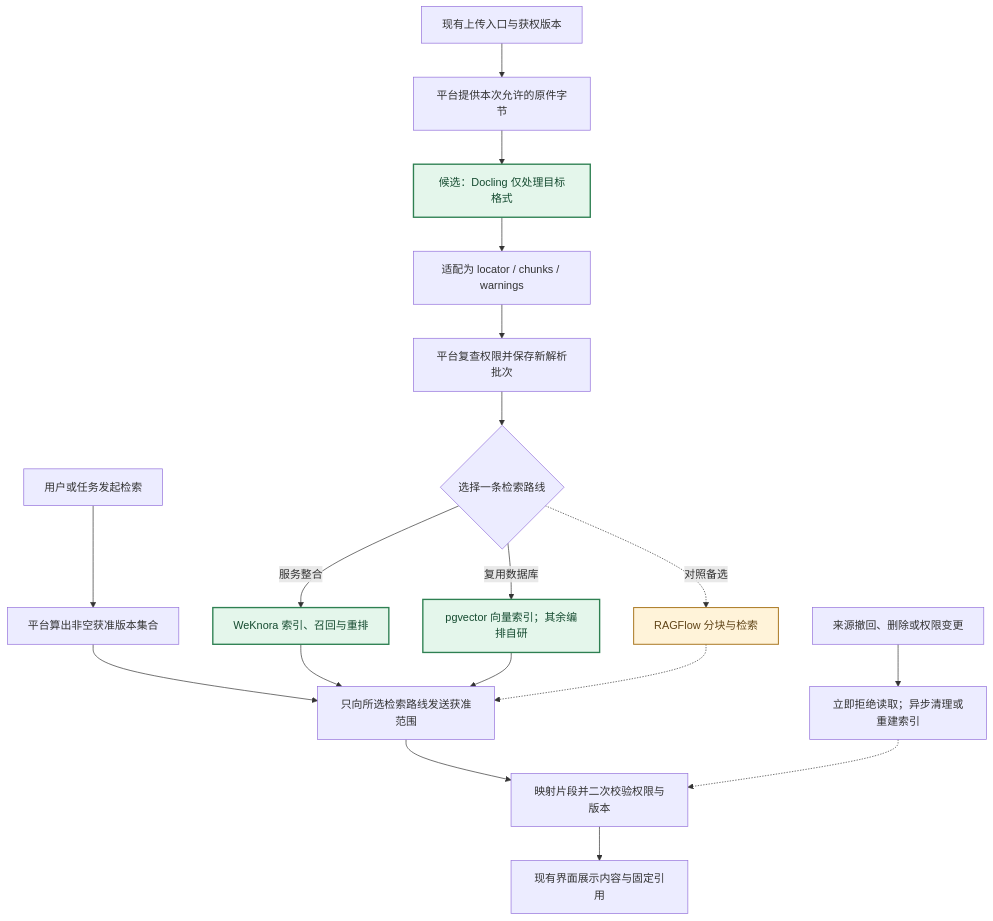
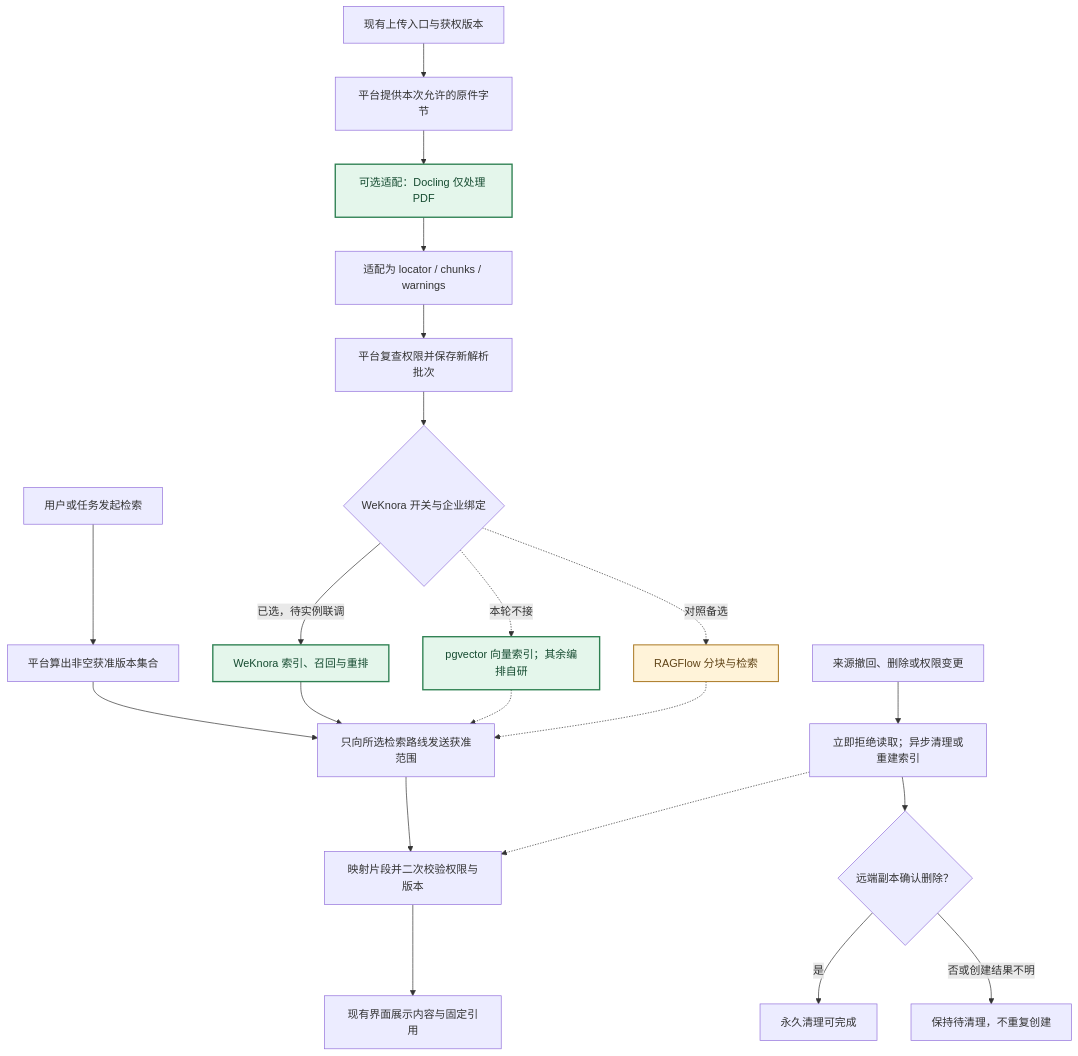
Before and after one commit to luofanghao9784/mengine-app: the second of 6 diagrams in docs/项目流程图/05-开源替代流程.md, drawn with Mermaid. The commit also changed other lines of this file and 72 other files, not shown here.

Commit message:
feat: add scoped WeKnora retrieval and optional first-batch adapters

````diff
--- a/docs/项目流程图/05-开源替代流程.md
+++ b/docs/项目流程图/05-开源替代流程.md
@@ -36,23 +36,26 @@
 ```mermaid
 flowchart TD
   upload["现有上传入口与获权版本"] --> input["平台提供本次允许的原件字节"]
-  input --> parse["候选：Docling 仅处理目标格式"]:::ossPriority
+  input --> parse["可选适配：Docling 仅处理 PDF"]:::ossPriority
   parse --> adapt["适配为 locator / chunks / warnings"]
   adapt --> commit["平台复查权限并保存新解析批次"]
-  commit --> choose{"选择一条检索路线"}
-  choose -->|"服务整合"| weknora["WeKnora 索引、召回与重排"]:::ossPriority
-  choose -->|"复用数据库"| vector["pgvector 向量索引；其余编排自研"]:::ossPriority
+  commit --> choose{"WeKnora 开关与企业绑定"}
+  choose -->|"已选，待实例联调"| weknora["WeKnora 索引、召回与重排"]:::ossPriority
+  choose -.->|"本轮不接"| vector["pgvector 向量索引；其余编排自研"]:::ossPriority
   choose -.->|"对照备选"| rag["RAGFlow 分块与检索"]:::ossConditional
   query["用户或任务发起检索"] --> scope["平台算出非空获准版本集合"]
   scope --> retrieval["只向所选检索路线发送获准范围"]
   weknora --> retrieval
-  vector --> retrieval
+  vector -.-> retrieval
   rag -.-> retrieval
   retrieval --> check["映射片段并二次校验权限与版本"]
   check --> result["现有界面展示内容与固定引用"]
   revoke["来源撤回、删除或权限变更"] --> deny["立即拒绝读取；异步清理或重建索引"]
   deny -.-> check
+  deny --> cleanup{"远端副本确认删除？"}
+  cleanup -->|"是"| done["永久清理可完成"]
+  cleanup -->|"否或创建结果不明"| pending["保持待清理，不重复创建"]
   classDef ossPriority fill:#e4f6eb,stroke:#2e8052,color:#154b30,stroke-width:2px
   classDef ossConditional fill:#fff3d9,stroke:#ac7b27,color:#604417,stroke-width:1.5px
   classDef ossExisting fill:#f0eaff,stroke:#8063ad,color:#4a3672,stroke-width:2px
 ```
````
